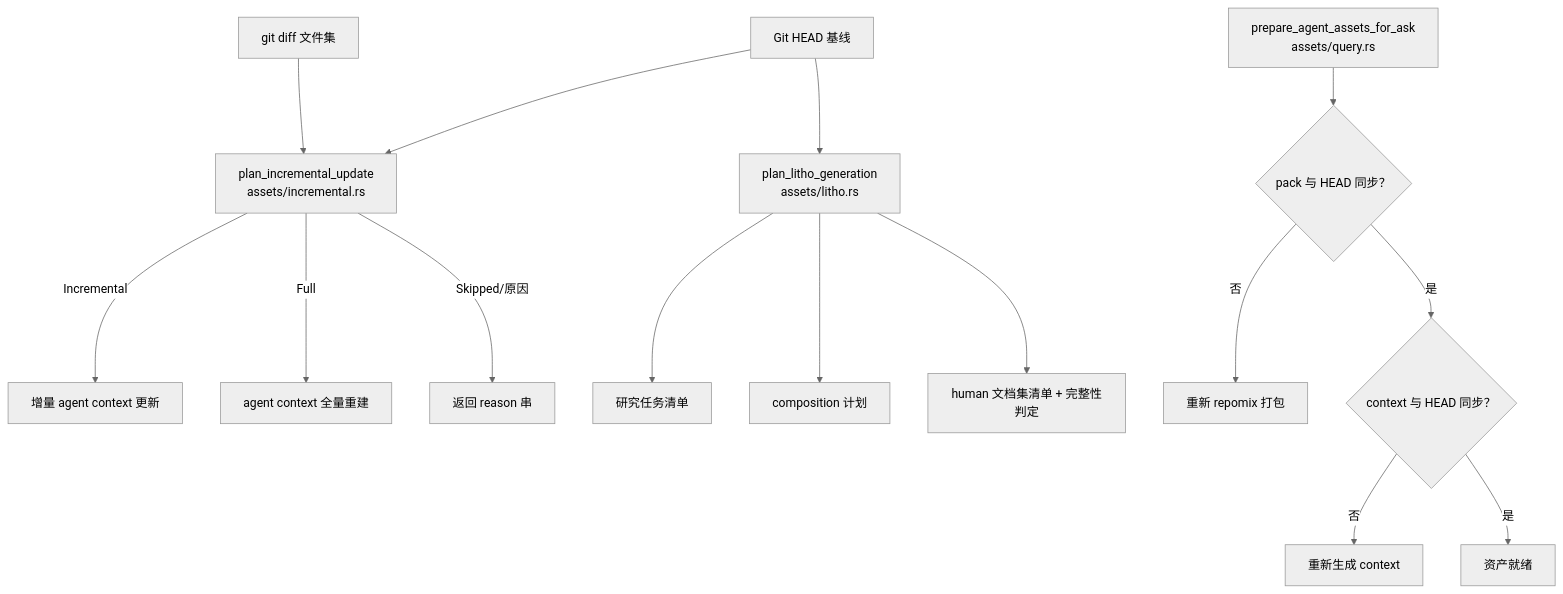
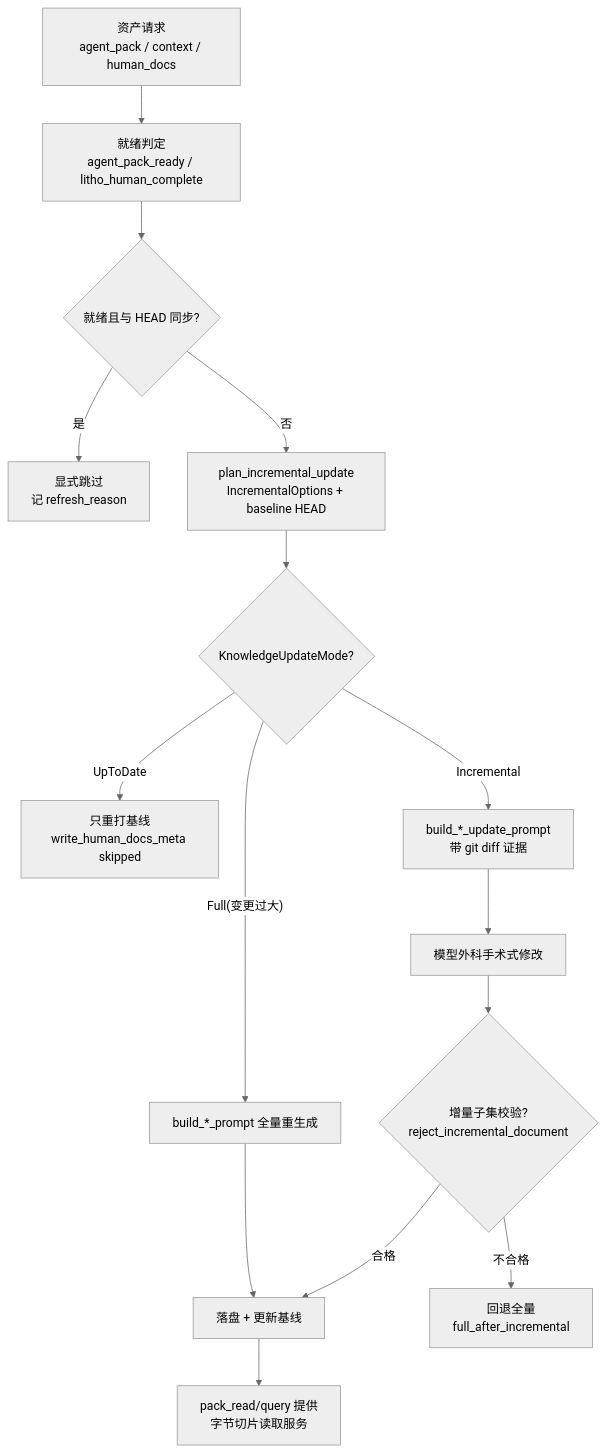
The diagram in .terrain/human/4.Deep-Exploration/assets.md (sopaco/terrain), drawn with Mermaid (neutral theme) before and after one commit. The commit also changed other lines of this file and 29 other files, not shown here.

````diff
--- a/.terrain/human/4.Deep-Exploration/assets.md
+++ b/.terrain/human/4.Deep-Exploration/assets.md
@@ -46,17 +63,17 @@
 ```mermaid
 flowchart TD
-    HEAD["Git HEAD 基线"] --> INCR["plan_incremental_update<br/>assets/incremental.rs"]
-    DIFF["git diff 文件集"] --> INCR
-    INCR -->|"Incremental"| MODE_INCR["增量 agent context 更新"]
-    INCR -->|"Full"| MODE_FULL["agent context 全量重建"]
-    INCR -->|"Skipped/原因"| DIAG["返回 reason 串"]
-    HEAD --> LITHO["plan_litho_generation<br/>assets/litho.rs"]
-    LITHO --> TASKS["研究任务清单"]
-    LITHO --> COMP["composition 计划"]
-    LITHO --> HUMAN["human 文档集清单 + 完整性判定"]
-    QUERY["prepare_agent_assets_for_ask<br/>assets/query.rs"] --> PACKCHECK{"pack 与 HEAD 同步？"}
-    PACKCHECK -->|"否"| REPACK["重新 repomix 打包"]
-    PACKCHECK -->|"是"| CTXCHECK{"context 与 HEAD 同步？"}
-    CTXCHECK -->|"否"| REGEN["重新生成 context"]
-    CTXCHECK -->|"是"| READY["资产就绪"]
+    A["资产请求<br/>agent_pack / context / human_docs"] --> B["就绪判定<br/>agent_pack_ready / litho_human_complete"]
+    B --> C{"就绪且与 HEAD 同步?"}
+    C -- 是 --> D["显式跳过<br/>记 refresh_reason"]
+    C -- 否 --> E["plan_incremental_update<br/>IncrementalOptions + baseline HEAD"]
+    E --> F{"KnowledgeUpdateMode?"}
+    F -- UpToDate --> G["只重打基线<br/>write_human_docs_meta skipped"]
+    F -- Incremental --> H["build_*_update_prompt<br/>带 git diff 证据"]
+    H --> I["模型外科手术式修改"]
+    I --> J{"增量子集校验?<br/>reject_incremental_document"}
+    J -- 合格 --> K["落盘 + 更新基线"]
+    J -- 不合格 --> L["回退全量<br/>full_after_incremental"]
+    F -- Full(变更过大) --> M["build_*_prompt 全量重生成"]
+    M --> K
+    K --> N["pack_read/query 提供<br/>字节切片读取服务"]
 ```
````
